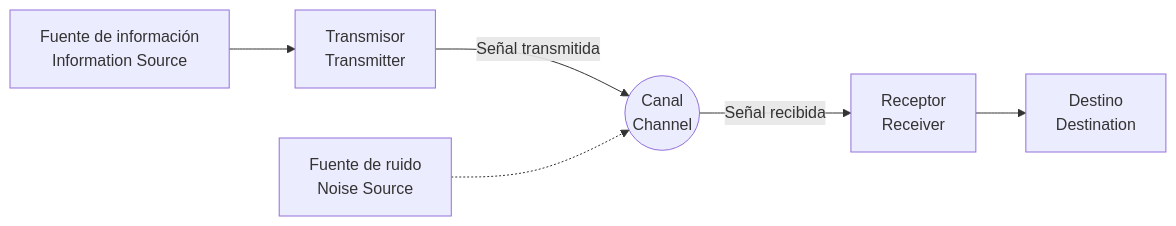
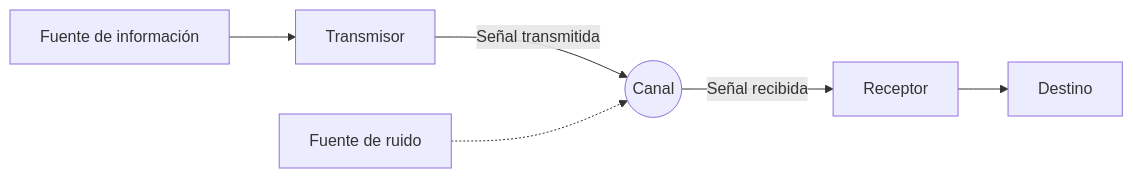
The diagram in content/post/information-theory-shannon-entropy/index.es.md (kenjinote/blog), drawn with Mermaid before and after one commit. The commit also changed other lines of this file and 9 other files, not shown here.

````diff
--- a/content/post/information-theory-shannon-entropy/index.es.md
+++ b/content/post/information-theory-shannon-entropy/index.es.md
@@ -29,8 +30,8 @@
 ```mermaid
 graph LR
-    A["Fuente de información<br>Information Source"] --> B["Transmisor<br>Transmitter"]
-    B -->|"Señal transmitida"| C(("Canal<br>Channel"))
-    C -->|"Señal recibida"| D["Receptor<br>Receiver"]
-    D --> E["Destino<br>Destination"]
-    N["Fuente de ruido<br>Noise Source"] -.-> C
+    A["Fuente de información"] --> B["Transmisor"]
+    B -->|"Señal transmitida"| C(("Canal"))
+    C -->|"Señal recibida"| D["Receptor"]
+    D --> E["Destino"]
+    N["Fuente de ruido"] -.-> C
 ```
````
